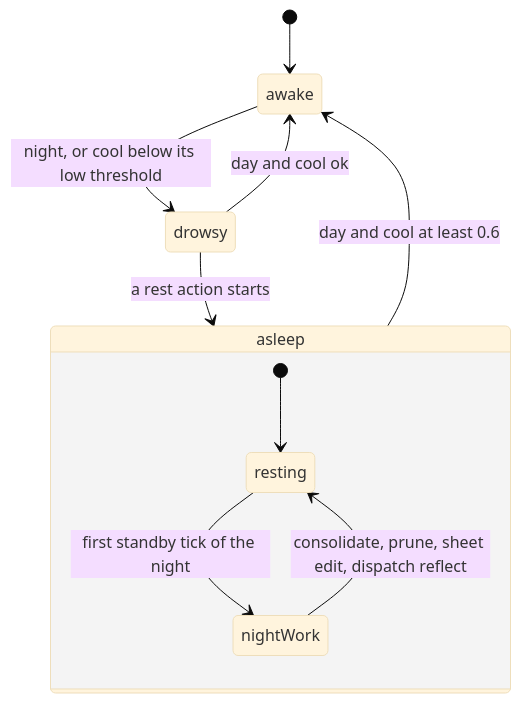
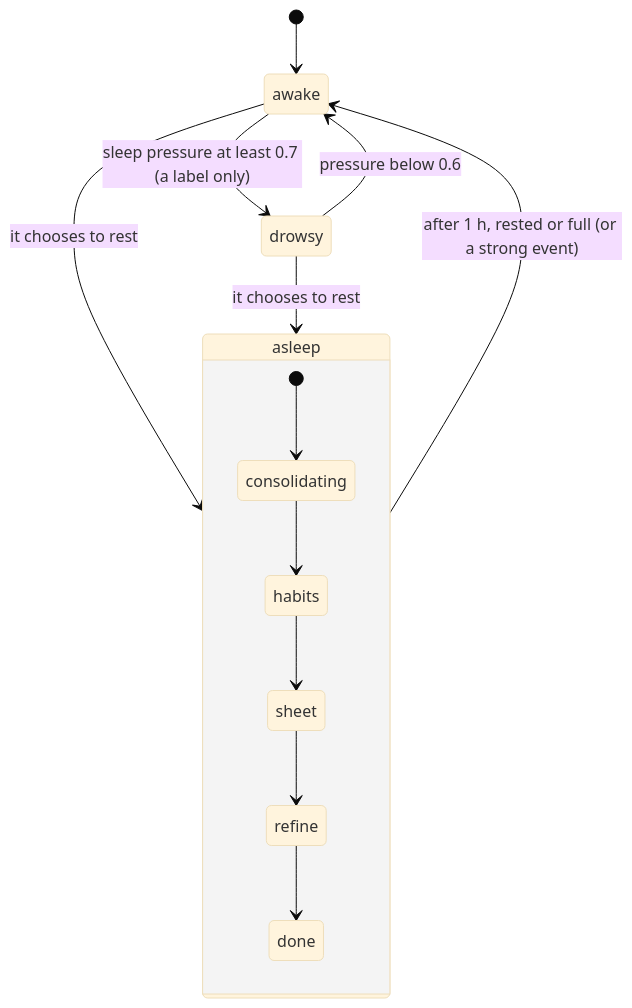
One commit to DigitalEthosGlobalGaming/unnamed--ai-simulation changed the second of 2 diagrams in docs/architecture/mind.md. Above: the diagram before and after it, drawn with Mermaid (base theme). The commit also changed other lines of this file and 125 other files, not shown here.

````diff
--- a/docs/architecture/mind.md
+++ b/docs/architecture/mind.md
@@ -198,13 +209,16 @@
 ```mermaid
 stateDiagram-v2
   [*] --> awake
-  awake --> drowsy: night, or cool below its low threshold
-  drowsy --> awake: day and cool ok
-  drowsy --> asleep: a rest action starts
-  asleep --> awake: day and cool at least 0.6
+  awake --> drowsy: sleep pressure at least 0.7 (a label only)
+  drowsy --> awake: pressure below 0.6
+  awake --> asleep: it chooses to rest
+  drowsy --> asleep: it chooses to rest
+  asleep --> awake: after 1 h, rested or full (or a strong event)
   state asleep {
-    [*] --> resting
-    resting --> nightWork: first standby tick of the night
-    nightWork --> resting: consolidate, prune, sheet edit, dispatch reflect
+    [*] --> consolidating
+    consolidating --> habits
+    habits --> sheet
+    sheet --> refine
+    refine --> done
   }
 ```
````
